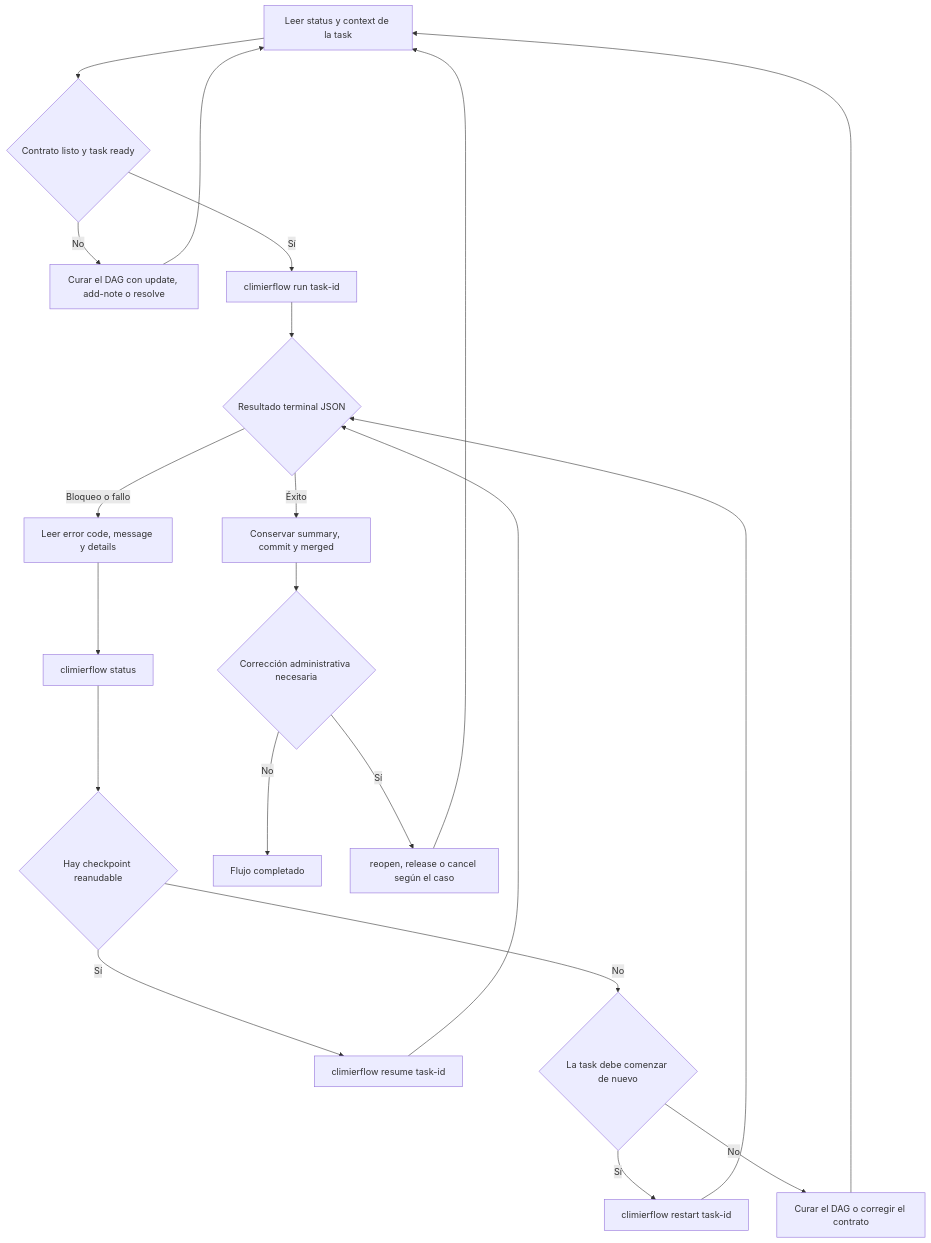
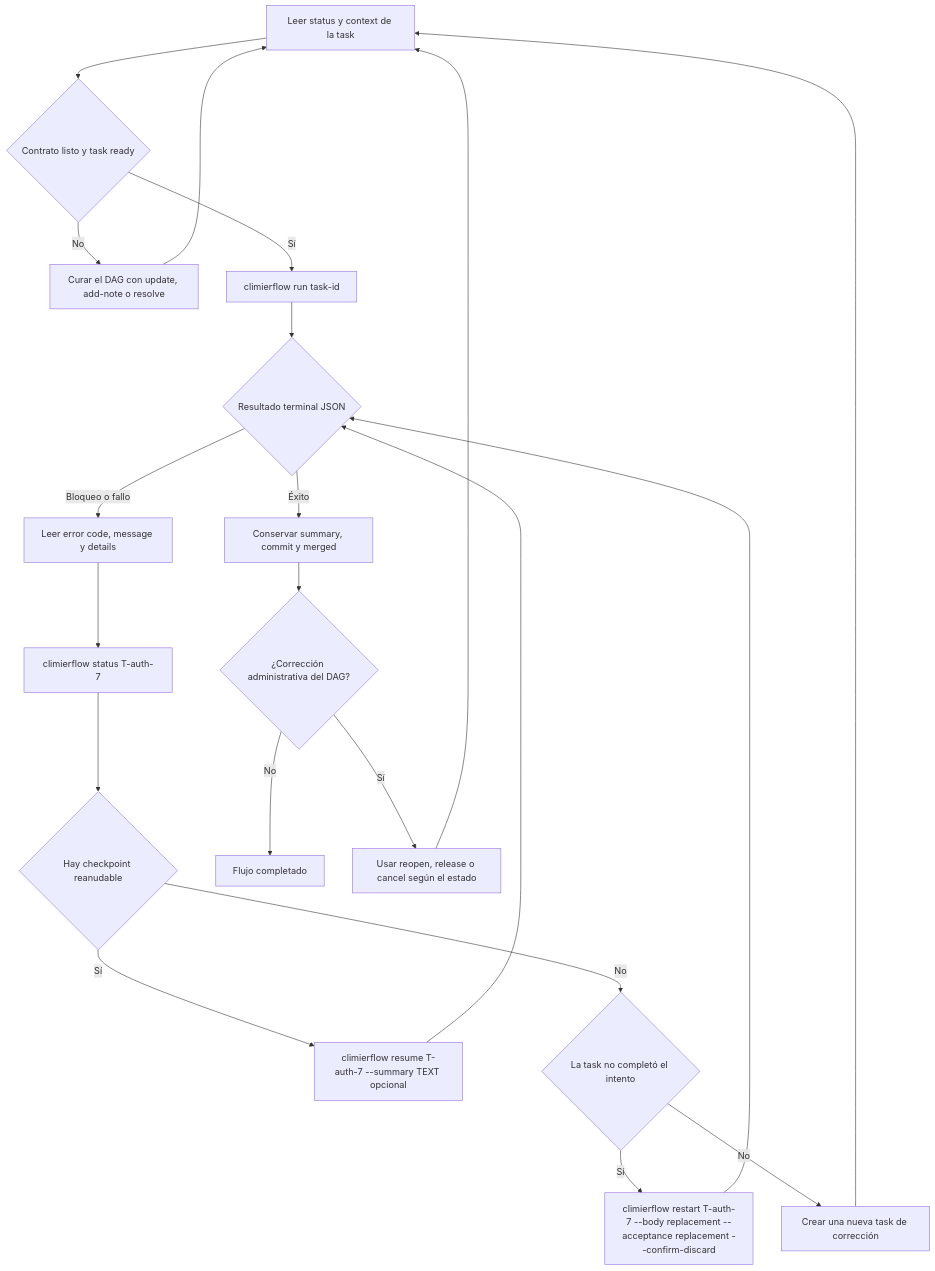
The diagram in docs/agent-execution-flow.md (codefensory/climier), drawn with Mermaid before and after one commit. The commit also changed other lines of this file and 13 other files, not shown here.

````diff
--- a/docs/agent-execution-flow.md
+++ b/docs/agent-execution-flow.md
@@ -7,25 +7,25 @@
 ```mermaid
 graph TD
     A[Leer status y context de la task] --> B{Contrato listo y task ready}
     B -->|No| C[Curar el DAG con update, add-note o resolve]
     C --> A
     B -->|Sí| D[climierflow run task-id]
     D --> E{Resultado terminal JSON}
 
     E -->|Éxito| F[Conservar summary, commit y merged]
     E -->|Bloqueo o fallo| G[Leer error code, message y details]
-    G --> H[climierflow status]
+    G --> H[climierflow status T-auth-7]
     H --> I{Hay checkpoint reanudable}
-    I -->|Sí| J[climierflow resume task-id]
-    I -->|No| K{La task debe comenzar de nuevo}
-    K -->|Sí| L[climierflow restart task-id]
-    K -->|No| M[Curar el DAG o corregir el contrato]
+    I -->|Sí| J[climierflow resume T-auth-7 --summary TEXT opcional]
+    I -->|No| K{La task no completó el intento}
+    K -->|Sí| L[climierflow restart T-auth-7 --body replacement --acceptance replacement --confirm-discard]
+    K -->|No| M[Crear una nueva task de corrección]
     J --> E
     L --> E
     M --> A
 
-    F --> N{Corrección administrativa necesaria}
+    F --> N{¿Corrección administrativa del DAG?}
     N -->|No| O[Flujo completado]
-    N -->|Sí| P[reopen, release o cancel según el caso]
+    N -->|Sí| P[Usar reopen, release o cancel según el estado]
     P --> A
 ```
````
